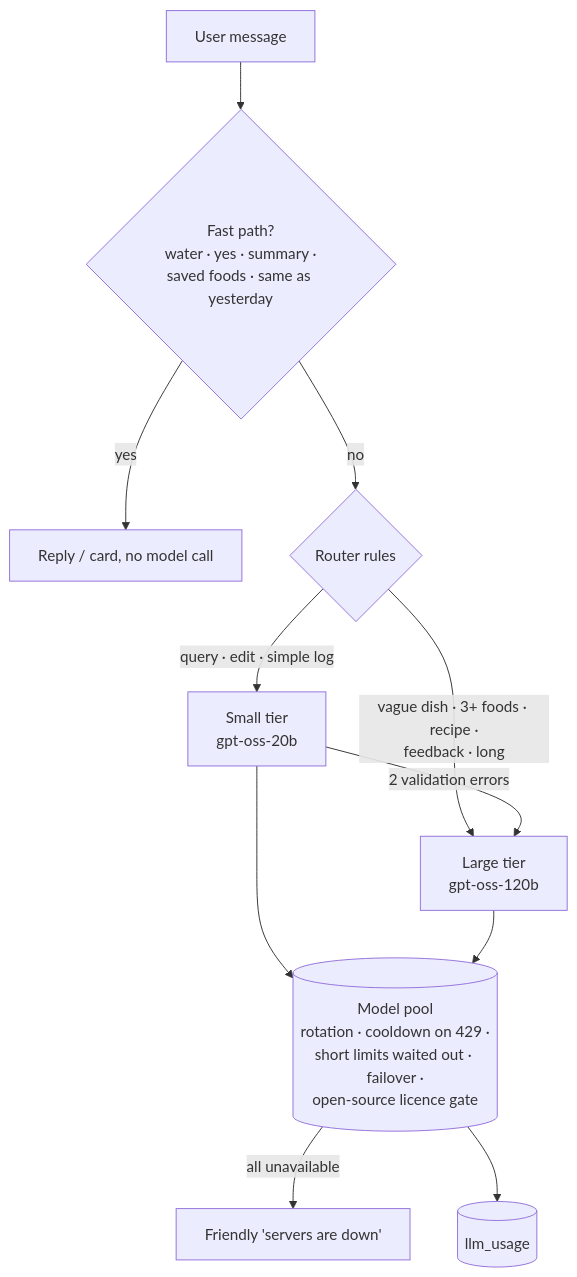
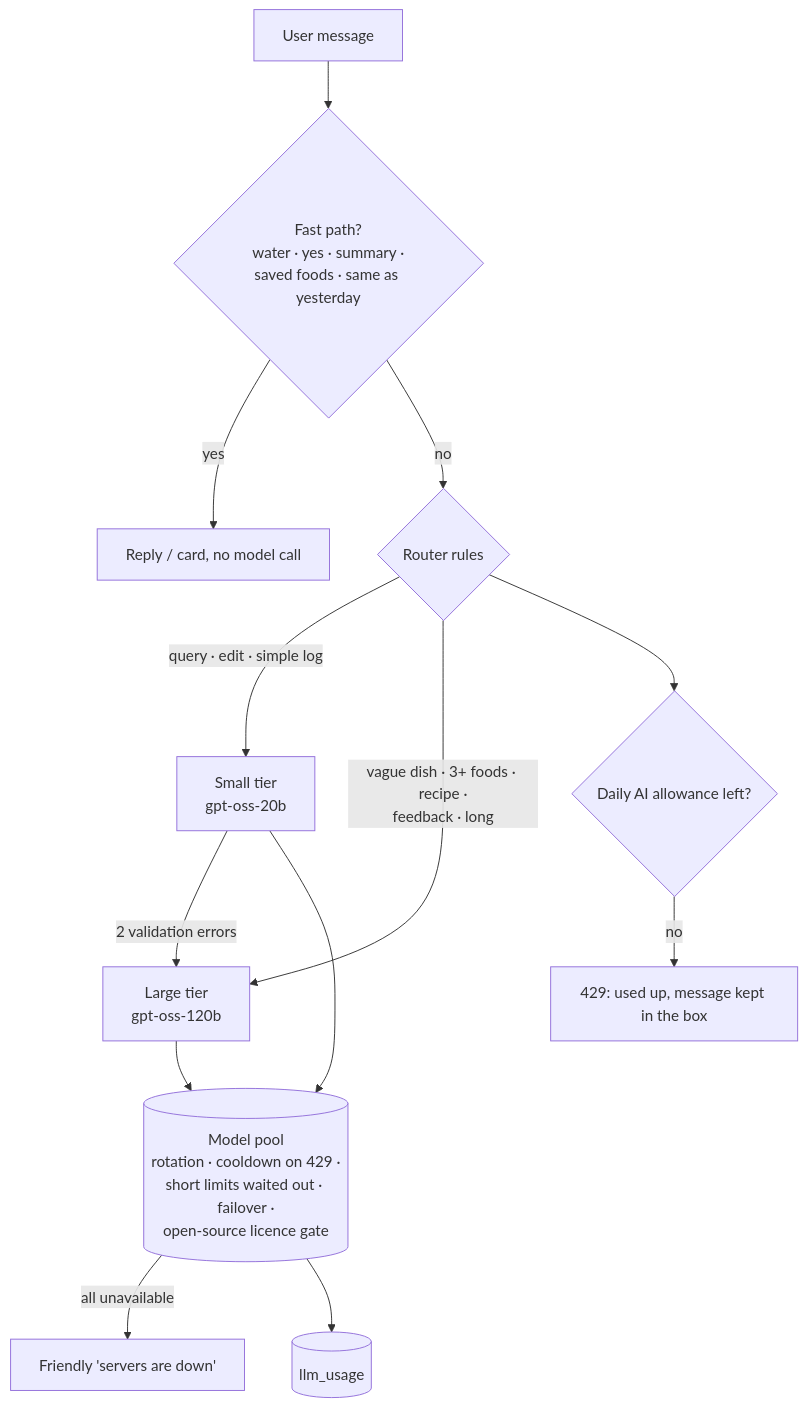
One commit to NeoAnushka21/tracker_poc changed the fifth of 9 diagrams in docs/hld.md. Above: the diagram before and after it, drawn with Mermaid. The commit also changed other lines of this file and 94 other files, not shown here.

````diff
--- a/docs/hld.md
+++ b/docs/hld.md
@@ -118,12 +121,14 @@
 ```mermaid
 flowchart TD
     M[User message] --> F{Fast path?<br/>water · yes · summary ·<br/>saved foods · same as yesterday}
     F -->|yes| C[Reply / card, no model call]
     F -->|no| R{Router rules}
     R -->|query · edit · simple log| S[Small tier<br/>gpt-oss-20b]
     R -->|vague dish · 3+ foods · recipe ·<br/>feedback · long| L[Large tier<br/>gpt-oss-120b]
     S -->|2 validation errors| L
+    R --> AL{Daily AI allowance left?}
+    AL -->|no| X[429: used up, message kept in the box]
     S & L --> P[(Model pool<br/>rotation · cooldown on 429 ·<br/>short limits waited out · failover ·<br/>open-source licence gate)]
     P -->|all unavailable| E[Friendly 'servers are down']
     P --> U[(llm_usage)]
 ```
````
